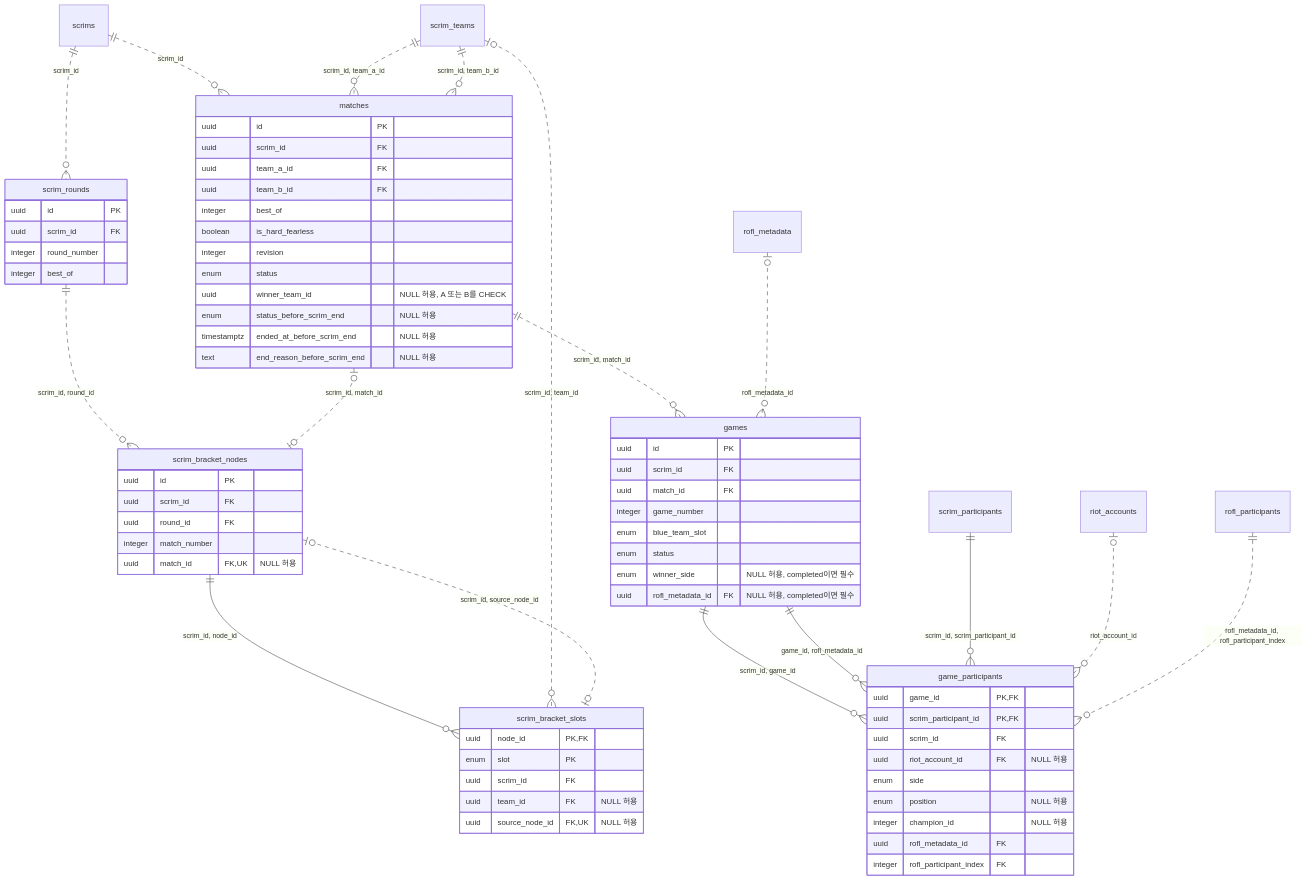
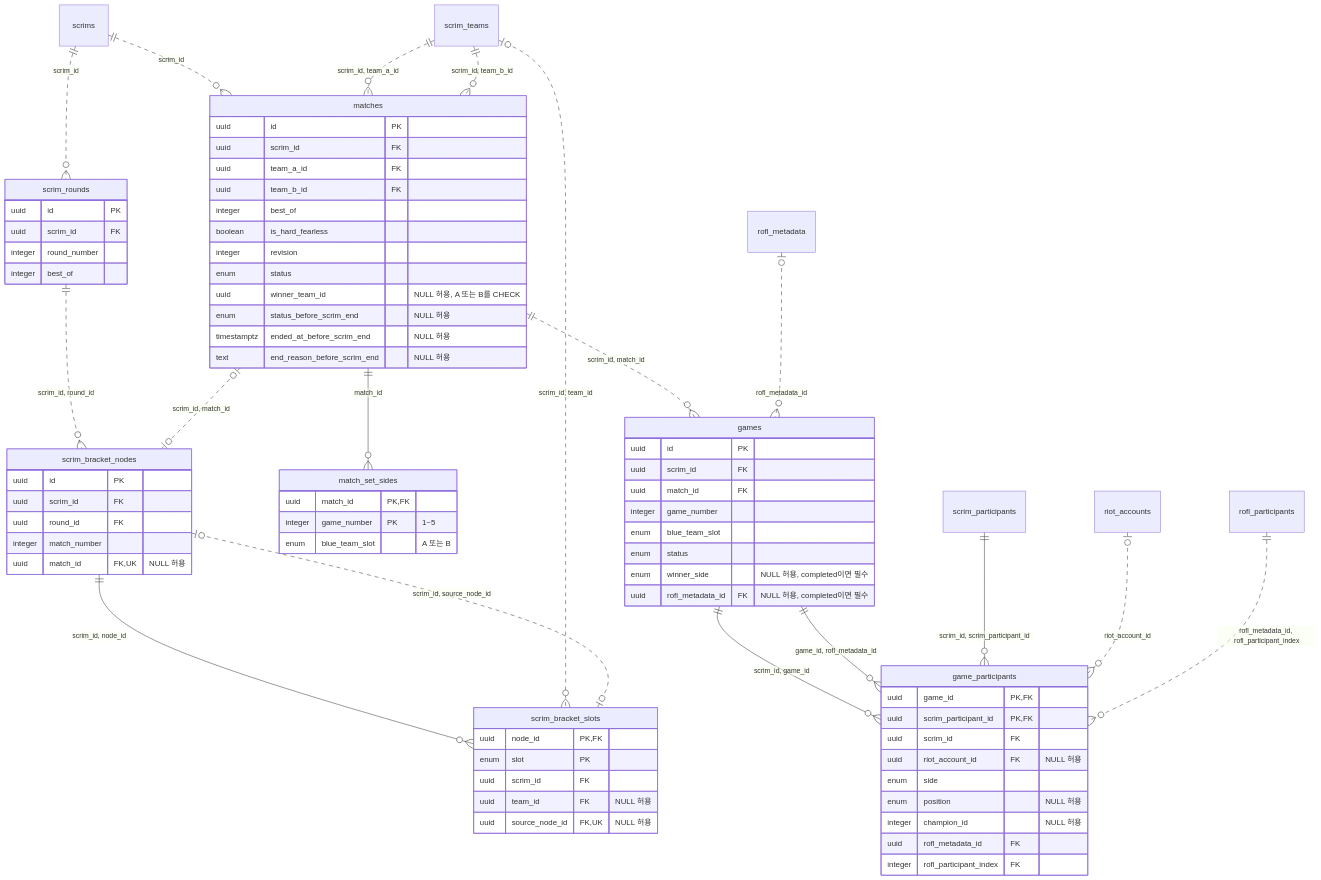
The seventh of 9 diagrams in docs/database-erd.md (Longcat2957/MonkeyScrimManager2), drawn with Mermaid before and after one commit. The commit also changed other lines of this file and 1532 other files, not shown here.

````diff
--- a/docs/database-erd.md
+++ b/docs/database-erd.md
@@ -540,75 +541,81 @@
 ```mermaid
 erDiagram
     scrim_rounds {
         uuid id PK
         uuid scrim_id FK
         integer round_number
         integer best_of
     }
     scrim_bracket_nodes {
         uuid id PK
         uuid scrim_id FK
         uuid round_id FK
         integer match_number
         uuid match_id FK, UK "NULL 허용"
     }
     scrim_bracket_slots {
         uuid node_id PK, FK
         enum slot PK
         uuid scrim_id FK
         uuid team_id FK "NULL 허용"
         uuid source_node_id FK, UK "NULL 허용"
     }
     matches {
         uuid id PK
         uuid scrim_id FK
         uuid team_a_id FK
         uuid team_b_id FK
         integer best_of
         boolean is_hard_fearless
         integer revision
         enum status
         uuid winner_team_id "NULL 허용, A 또는 B를 CHECK"
         enum status_before_scrim_end "NULL 허용"
         timestamptz ended_at_before_scrim_end "NULL 허용"
         text end_reason_before_scrim_end "NULL 허용"
     }
+    match_set_sides {
+        uuid match_id PK, FK
+        integer game_number PK "1~5"
+        enum blue_team_slot "A 또는 B"
+    }
     games {
         uuid id PK
         uuid scrim_id FK
         uuid match_id FK
         integer game_number
         enum blue_team_slot
         enum status
         enum winner_side "NULL 허용, completed이면 필수"
         uuid rofl_metadata_id FK "NULL 허용, completed이면 필수"
     }
     game_participants {
         uuid game_id PK, FK
         uuid scrim_participant_id PK, FK
         uuid scrim_id FK
         uuid riot_account_id FK "NULL 허용"
         enum side
         enum position "NULL 허용"
         integer champion_id "NULL 허용"
         uuid rofl_metadata_id FK
         integer rofl_participant_index FK
     }
 
     scrims ||..o{ scrim_rounds : scrim_id
     scrim_rounds ||..o{ scrim_bracket_nodes : "scrim_id, round_id"
     matches |o..o| scrim_bracket_nodes : "scrim_id, match_id"
     scrim_bracket_nodes ||--o{ scrim_bracket_slots : "scrim_id, node_id"
     scrim_teams |o..o{ scrim_bracket_slots : "scrim_id, team_id"
     scrim_bracket_nodes |o..o| scrim_bracket_slots : "scrim_id, source_node_id"
     scrims ||..o{ matches : scrim_id
     scrim_teams ||..o{ matches : "scrim_id, team_a_id"
     scrim_teams ||..o{ matches : "scrim_id, team_b_id"
+    matches ||--o{ match_set_sides : match_id
     matches ||..o{ games : "scrim_id, match_id"
     rofl_metadata |o..o{ games : rofl_metadata_id
     games ||--o{ game_participants : "scrim_id, game_id"
     games ||--o{ game_participants : "game_id, rofl_metadata_id"
     scrim_participants ||--o{ game_participants : "scrim_id, scrim_participant_id"
     riot_accounts |o..o{ game_participants : riot_account_id
     rofl_participants ||..o{ game_participants : "rofl_metadata_id, rofl_participant_index"
 ```
````
